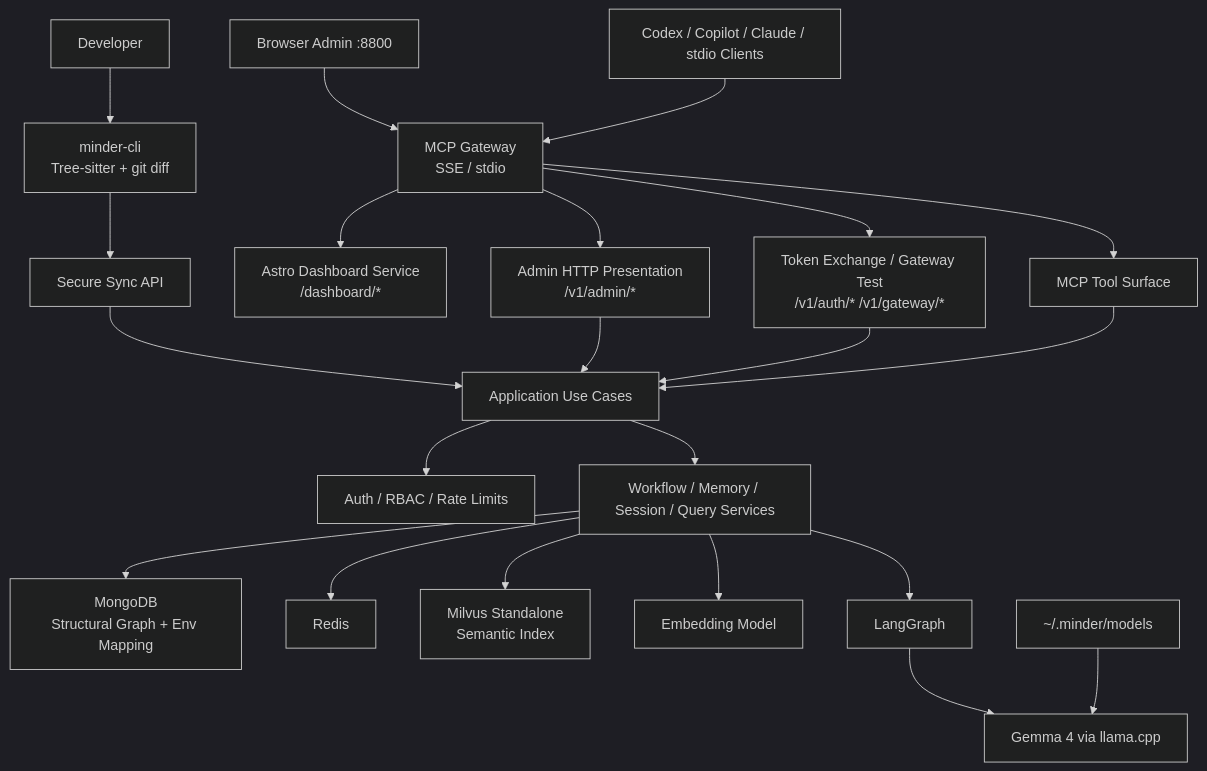
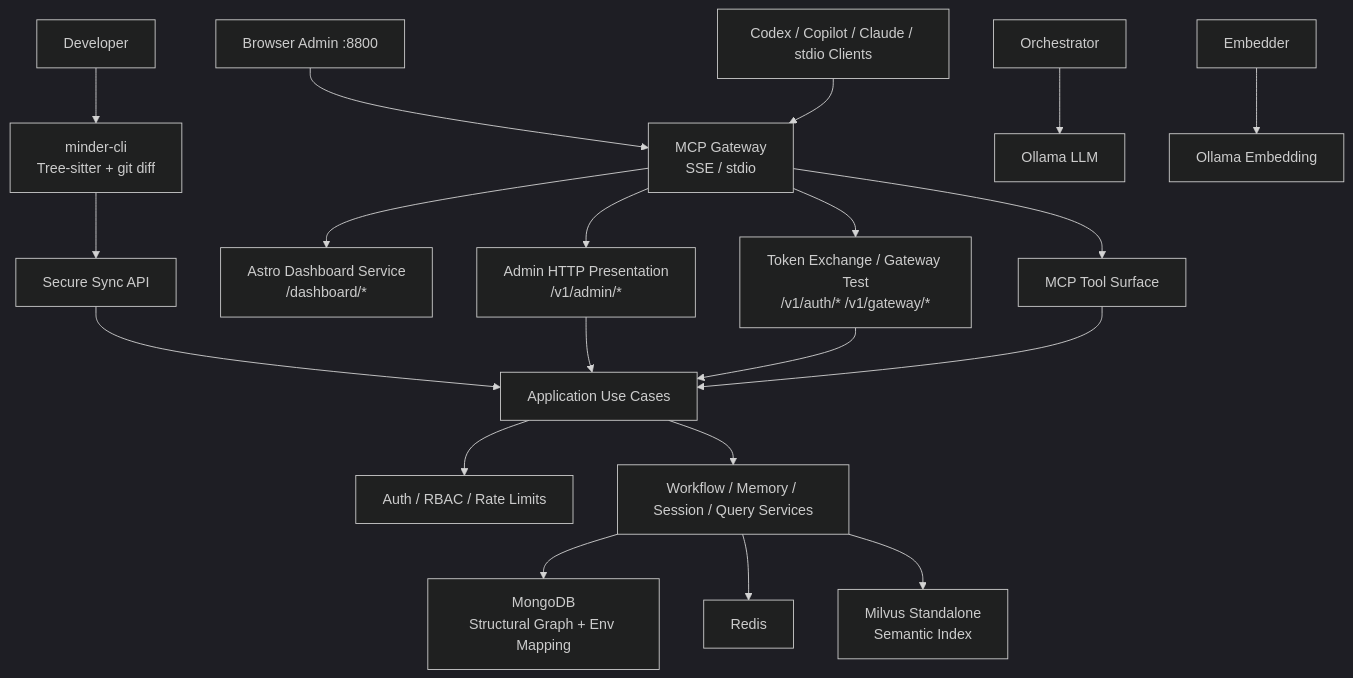
One commit to hiimtrung/minder changed the first of 9 diagrams in docs/system-design.md. Above: the diagram before and after it, drawn with Mermaid (dark theme). The commit also changed other lines of this file and 19 other files, not shown here.

Commit message:
chore: update default embedding model to embeddinggemma and standardize LLM naming in documentation

````diff
--- a/docs/system-design.md
+++ b/docs/system-design.md
@@ -31,28 +31,26 @@
 ```mermaid
 flowchart TB
   Dev["Developer"] --> CLI["minder-cli<br/>Tree-sitter + git diff"]
   CLI --> Sync["Secure Sync API"]
 
   Browser["Browser Admin :8800"] --> Gateway["Gateway Proxy"]
   MCP["Codex / Copilot / Claude / stdio Clients"] --> Gateway["MCP Gateway<br/>SSE / stdio"]
 
   Gateway --> Dashboard["Astro Dashboard Service<br/>/dashboard/*"]
   Gateway --> AdminHTTP["Admin HTTP Presentation<br/>/v1/admin/*"]
   Gateway --> TokenHTTP["Token Exchange / Gateway Test<br/>/v1/auth/* /v1/gateway/*"]
   Gateway --> ToolSurface["MCP Tool Surface"]
   Sync --> UseCases["Application Use Cases"]
   AdminHTTP --> UseCases
   TokenHTTP --> UseCases
   ToolSurface --> UseCases
 
   UseCases --> Auth["Auth / RBAC / Rate Limits"]
   UseCases --> Workflow["Workflow / Memory / Session / Query Services"]
 
   Workflow --> Mongo["MongoDB\nStructural Graph + Env Mapping"]
   Workflow --> Redis["Redis"]
   Workflow --> Milvus["Milvus Standalone\nSemantic Index"]
-  Workflow --> Embedder["Embedding Model"]
-  Workflow --> Orchestrator["LangGraph"]
-  Orchestrator --> LLM["Gemma 4 via llama.cpp"]
-  Models["~/.minder/models"] --> LLM
+  Orchestrator --> LLM["Ollama LLM"]
+  Embedder --> OllamaE["Ollama Embedding"]
 ```
````
